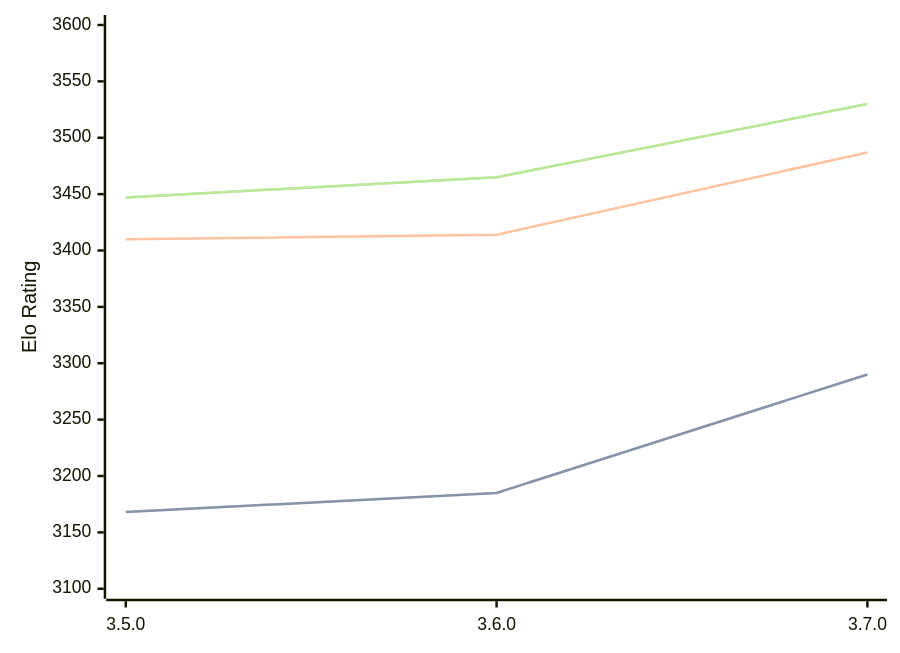
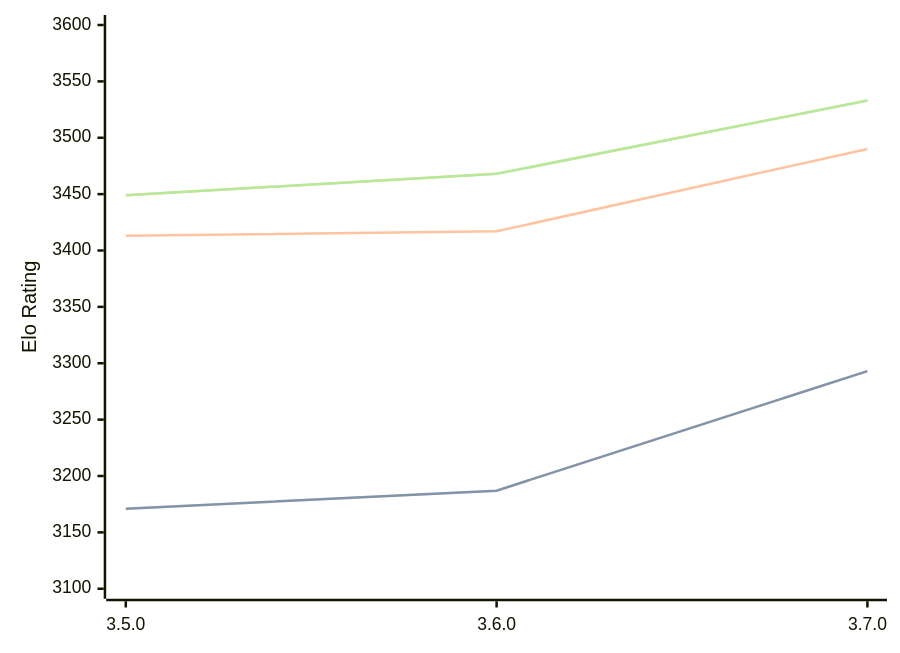
The diagram in engines/Igel.md (computer-chess-index/cci), drawn with Mermaid before and after one commit. The commit also changed other lines of this file, not shown here.

Commit message:
Update CCI Ratings (ELO VLTC) - 2026-09-24

````diff
--- a/engines/Igel.md
+++ b/engines/Igel.md
@@ -33,11 +33,11 @@
 ```mermaid
 %%{init: {"theme":"base","themeVariables":{"seriesColors:['#a3a3a3','#222221','#faa371']}}}%%
 xychart-beta
   x-axis ["3.5.0", "3.6.0", "3.7.0"]
   y-axis "Elo Rating" 3100 --> 3600
-  line "" [3168, 3185, 3290]
-  line "STC (8.0+0.08s)" [3168, 3185, 3290]
-  line "LTC (60.0+0.60s)" [3410, 3414, 3487]
-  line "" [3447, 3465, 3530]
-  line "VLTC (2m24s+1.12s)" [3447, 3465, 3530]
+  line "" [3171, 3187, 3293]
+  line "STC (8.0+0.08s)" [3171, 3187, 3293]
+  line "LTC (60.0+0.60s)" [3413, 3417, 3490]
+  line "" [3449, 3468, 3533]
+  line "VLTC (2m24s+1.12s)" [3449, 3468, 3533]
 ```
````
